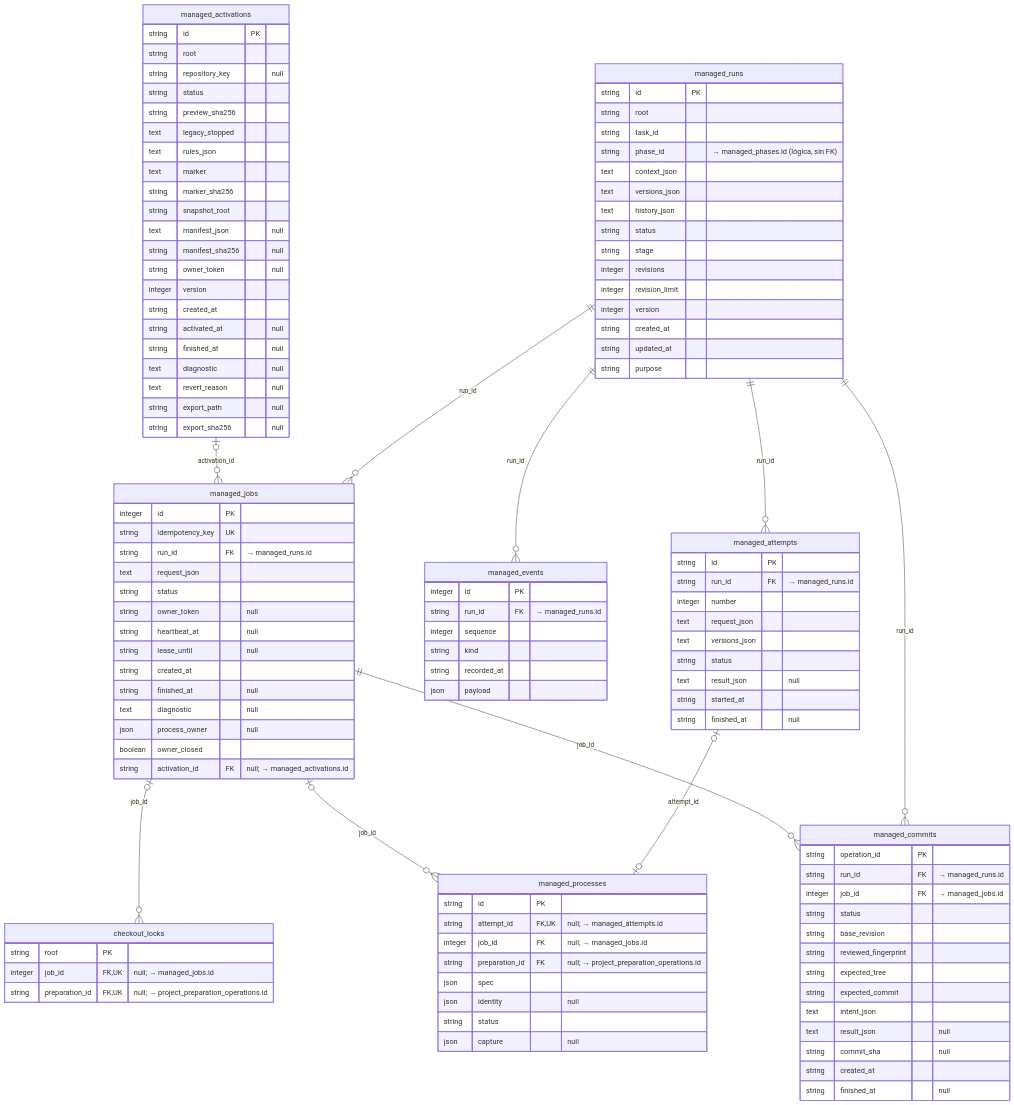
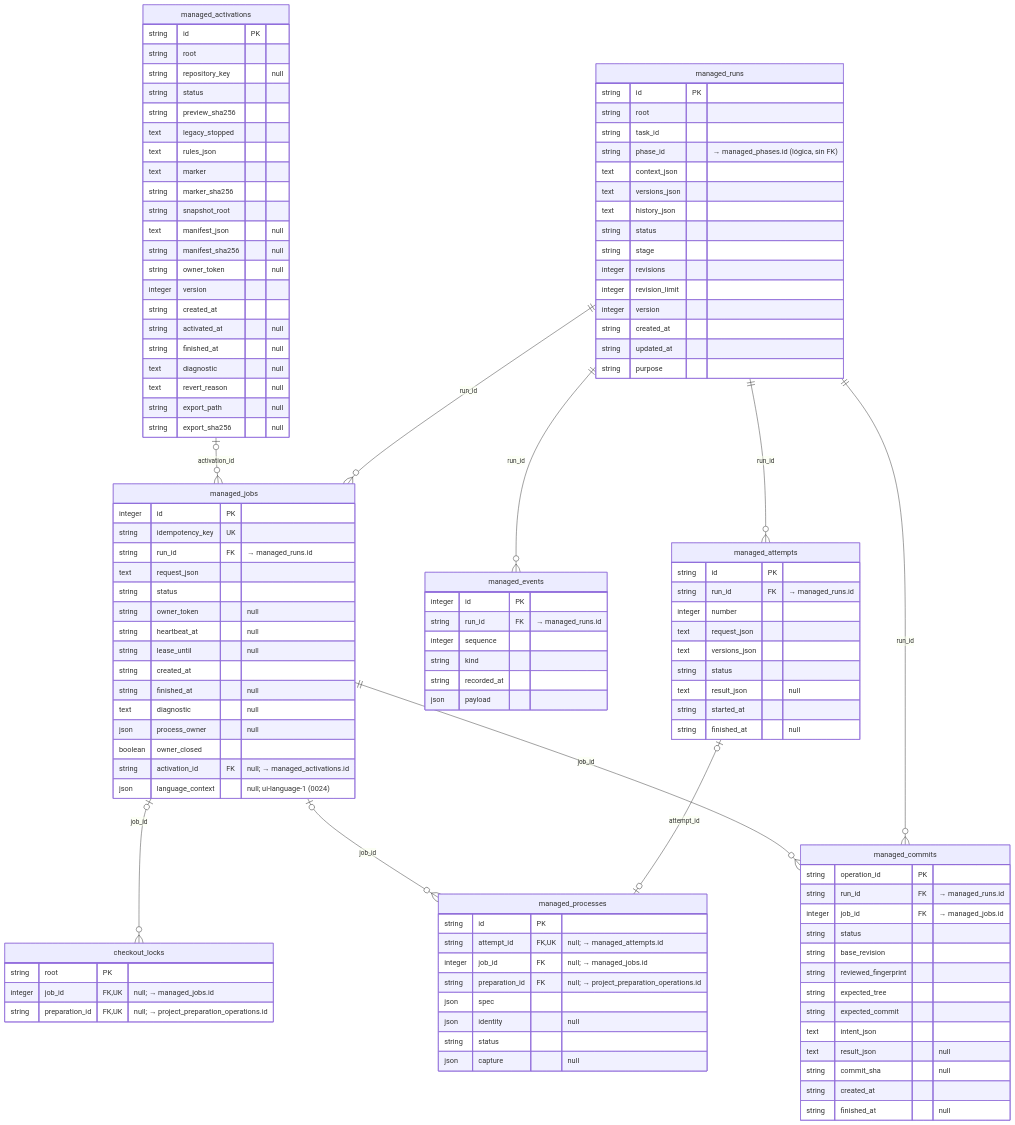
Before and after one commit to AcostaDDev/my-harness-archive: the second of 11 diagrams in docs/DDBB-DIAGRAM.md, drawn with Mermaid. The commit also changed other lines of this file and 49 other files, not shown here.

```diff
--- a/docs/DDBB-DIAGRAM.md
+++ b/docs/DDBB-DIAGRAM.md
@@ -114,6 +114,7 @@
         json process_owner "null"
         boolean owner_closed
         string activation_id FK "null; → managed_activations.id"
+        json language_context "null; ui-language-1 (0024)"
     }
     checkout_locks {
         string root PK
```
